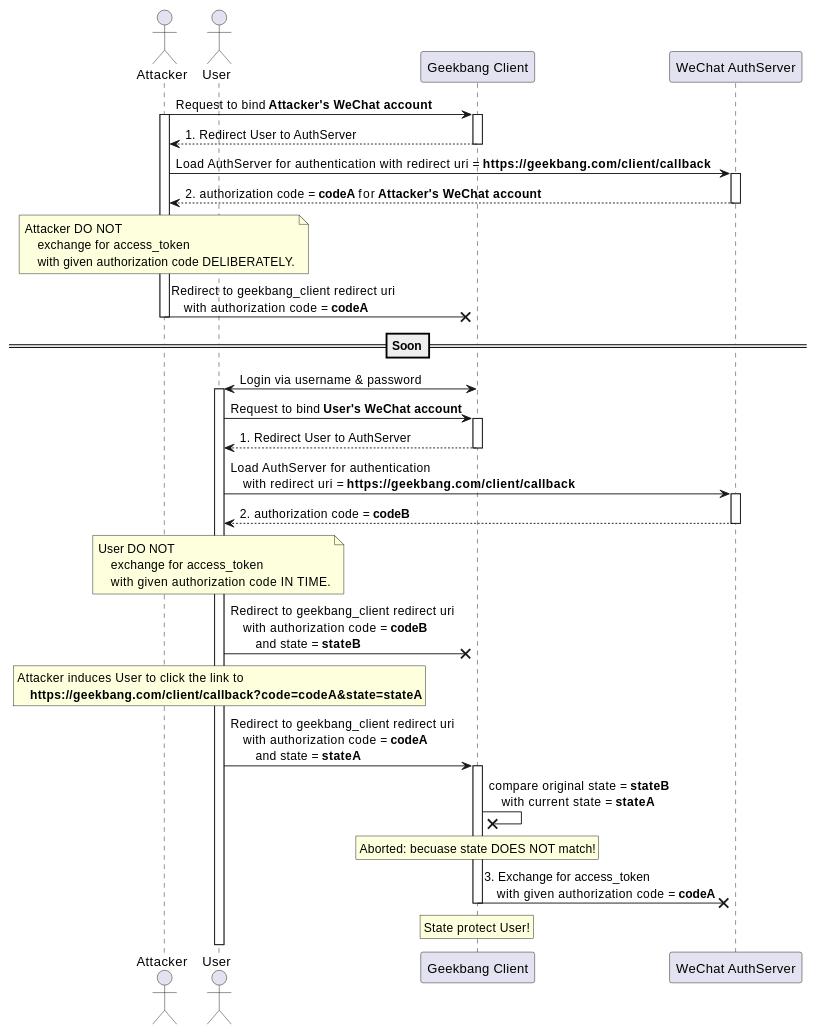
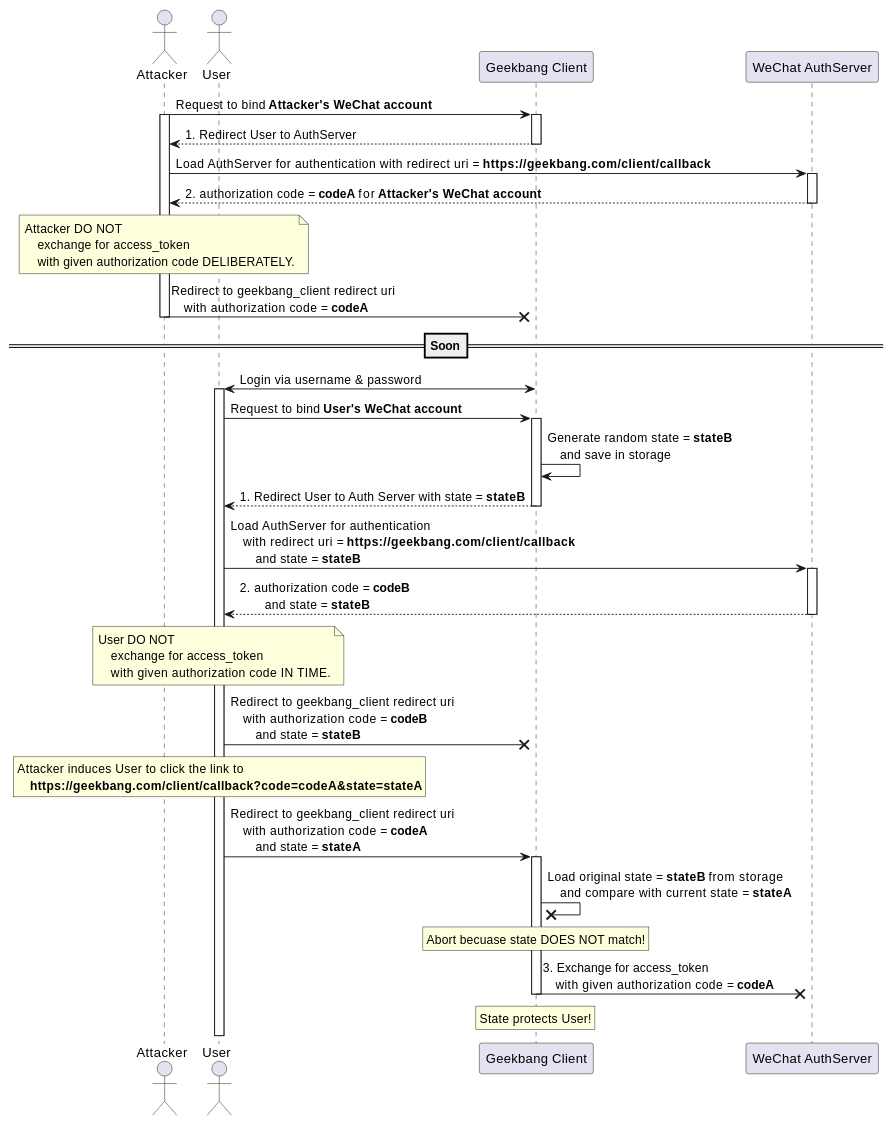
One commit to IceHe/lib changed the second of 2 diagrams in auth/csrf-attack-on-oauth.md. Above: the diagram before and after it, drawn with PlantUML.

Commit message:
2021-11-04 20:46:24 Thu

````diff
--- a/auth/csrf-attack-on-oauth.md
+++ b/auth/csrf-attack-on-oauth.md
@@ -116,73 +116,76 @@
 ```plantuml
 @startuml
 actor attacker as "Attacker"
 actor user as "User"
 
 participant geekbang_client as "Geekbang Client"
 participant auth_server as "WeChat AuthServer"
 
 attacker -> geekbang_client: Request to bind **Attacker's WeChat account**
 activate attacker
 activate geekbang_client
 attacker <-- geekbang_client: 1. Redirect User to AuthServer
 deactivate geekbang_client
 
 attacker -> auth_server: Load AuthServer for authentication with redirect uri = **https://geekbang.com/client/callback**
 activate auth_server
 attacker <-- auth_server: 2. authorization code = **codeA** for **Attacker's WeChat account**
 deactivate auth_server
 
 note over attacker
     Attacker DO NOT
         exchange for access_token
         with given authorization code DELIBERATELY.
 endrnote
 
 attacker -x geekbang_client: Redirect to geekbang_client redirect uri \n    with authorization code = **codeA**
 deactivate attacker
 
 ==Soon==
 
 user <-> geekbang_client: Login via username & password
 activate user
 user -> geekbang_client: Request to bind **User's WeChat account**
 activate geekbang_client
-user <-- geekbang_client: 1. Redirect User to AuthServer
+
+geekbang_client -> geekbang_client: Generate random state = **stateB** \n    and save in storage
+user <-- geekbang_client: 1. Redirect User to Auth Server with state = **stateB**
 deactivate geekbang_client
 
-user -> auth_server: Load AuthServer for authentication \n    with redirect uri = **https://geekbang.com/client/callback**
+
+user -> auth_server: Load AuthServer for authentication \n    with redirect uri = **https://geekbang.com/client/callback** \n        and state = **stateB**
 activate auth_server
-user <-- auth_server: 2. authorization code = **codeB**
+user <-- auth_server: 2. authorization code = **codeB** \n        and state = **stateB**
 deactivate auth_server
 
 note over user
     User DO NOT
         exchange for access_token
         with given authorization code IN TIME.
 endrnote
 
 user -x geekbang_client: Redirect to geekbang_client redirect uri \n    with authorization code = **codeB** \n        and state = **stateB**
 
 rnote over user
     Attacker induces User to click the link to
         **https://geekbang.com/client/callback?code=codeA&state=stateA**
 endrnote
 
 user -> geekbang_client: Redirect to geekbang_client redirect uri \n    with authorization code = **codeA** \n        and state = **stateA**
 activate geekbang_client
 
-geekbang_client -x geekbang_client: compare original state = **stateB** \n    with current state = **stateA**
+geekbang_client -x geekbang_client: Load original state = **stateB** from storage \n    and compare with current state = **stateA**
 
 rnote over geekbang_client
-    Aborted: becuase state DOES NOT match!
+    Abort becuase state DOES NOT match!
 endrnote
 
 geekbang_client -x auth_server: 3. Exchange for access_token \n    with given authorization code = **codeA**
 deactivate geekbang_client
 
 rnote over geekbang_client
-    State protect User!
+    State protects User!
 endrnote
 
 @enduml
 ```
````
